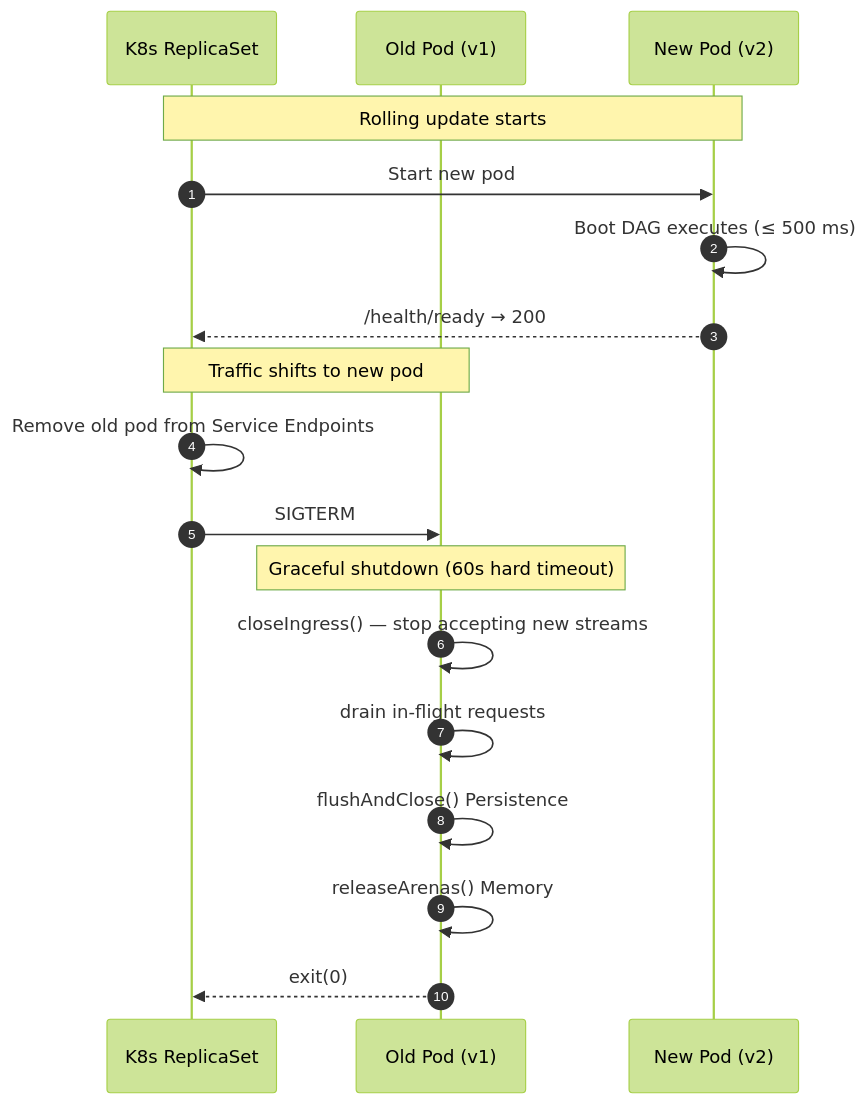
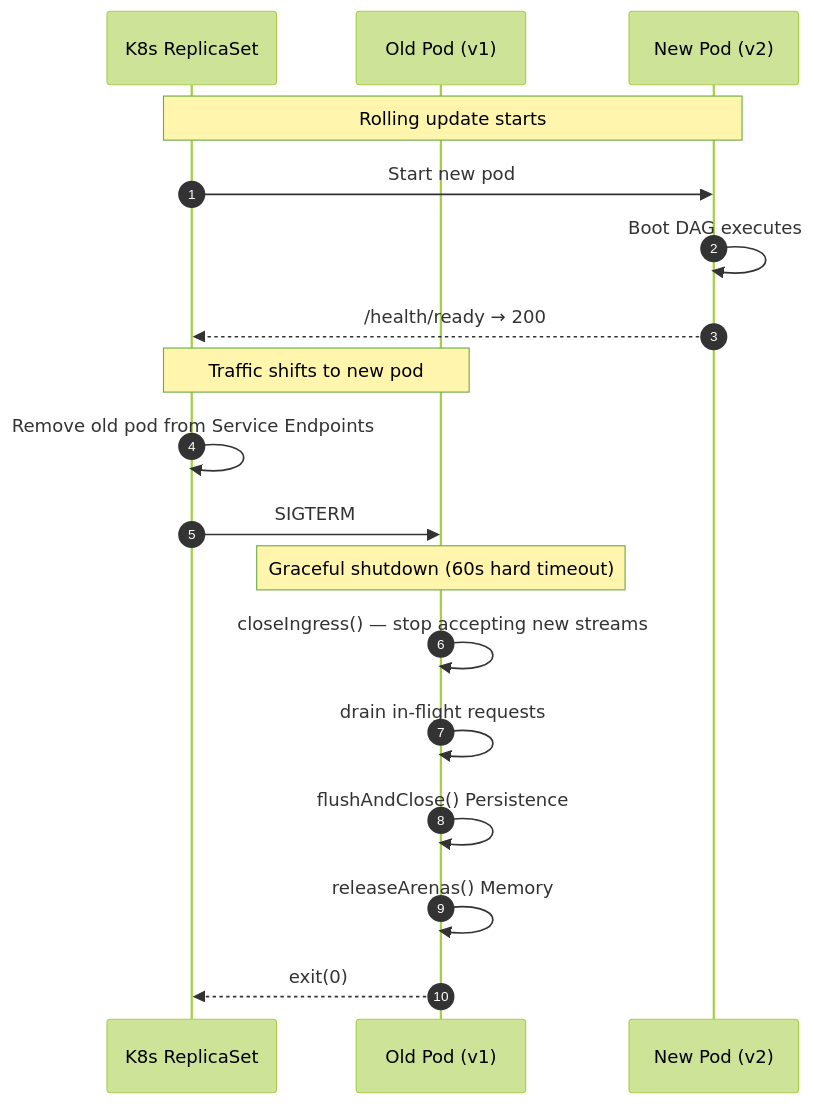
One commit to exeris-systems/exeris-kernel changed the fifth of 5 diagrams in docs/subsystems/bootstrap.md. Above: the diagram before and after it, drawn with Mermaid (forest theme). The commit also changed other lines of this file and 18 other files, not shown here.

````diff
--- a/docs/subsystems/bootstrap.md
+++ b/docs/subsystems/bootstrap.md
@@ -407,23 +418,23 @@
 ```mermaid
 sequenceDiagram
     autonumber
     participant K8s as K8s ReplicaSet
     participant OLD as Old Pod (v1)
     participant NEW as New Pod (v2)
 
     Note over K8s,NEW: Rolling update starts
     K8s->>NEW: Start new pod
-    NEW->>NEW: Boot DAG executes (≤ 500 ms)
+    NEW->>NEW: Boot DAG executes
     NEW-->>K8s: /health/ready → 200
 
     Note over K8s,OLD: Traffic shifts to new pod
     K8s->>K8s: Remove old pod from Service Endpoints
     K8s->>OLD: SIGTERM
 
     Note over OLD: Graceful shutdown (60s hard timeout)
     OLD->>OLD: closeIngress() — stop accepting new streams
     OLD->>OLD: drain in-flight requests
     OLD->>OLD: flushAndClose() Persistence
     OLD->>OLD: releaseArenas() Memory
     OLD-->>K8s: exit(0)
 ```
````
